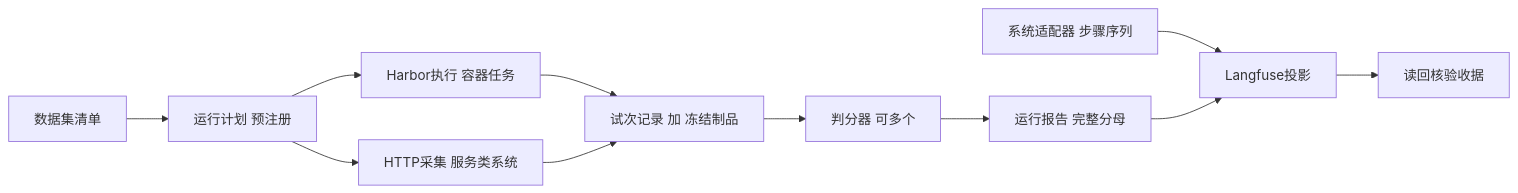
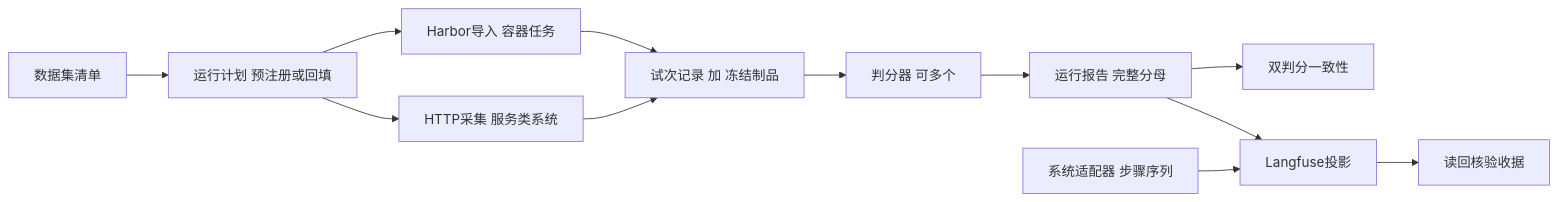
One commit to carrie1988/Harnessix changed the diagram in docs/adr/0120-system-neutral-evaluation-platform.md. Above: the diagram before and after it, drawn with Mermaid. The commit also changed other lines of this file and 34 other files, not shown here.

````diff
--- a/docs/adr/0120-system-neutral-evaluation-platform.md
+++ b/docs/adr/0120-system-neutral-evaluation-platform.md
@@ -46,13 +53,14 @@
 ```mermaid
 flowchart LR
-    Dataset[数据集清单] --> Plan[运行计划 预注册]
-    Plan --> Harbor[Harbor执行 容器任务]
+    Dataset[数据集清单] --> Plan[运行计划 预注册或回填]
+    Plan --> Harbor[Harbor导入 容器任务]
     Plan --> Http[HTTP采集 服务类系统]
     Harbor --> Trials[试次记录 加 冻结制品]
     Http --> Trials
     Trials --> Graders[判分器 可多个]
     Graders --> Report[运行报告 完整分母]
+    Report --> Consistency[双判分一致性]
     Adapter[系统适配器 步骤序列] --> Projection
     Report --> Projection[Langfuse投影]
     Projection --> Readback[读回核验收据]
 ```
````
